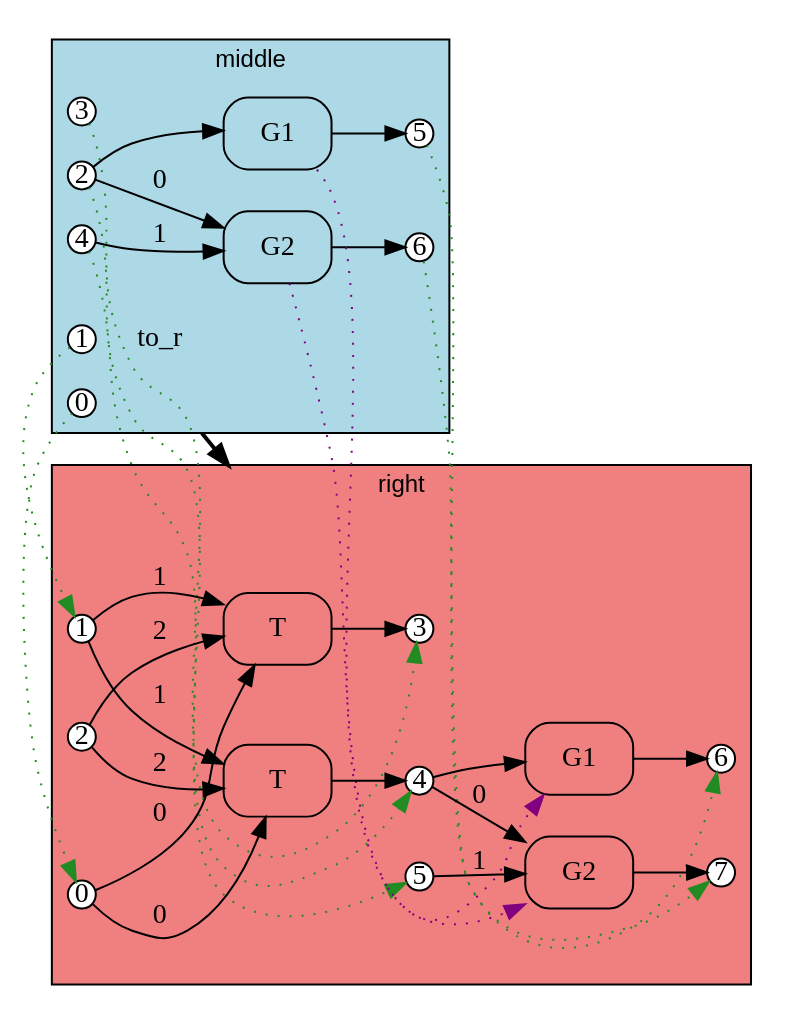
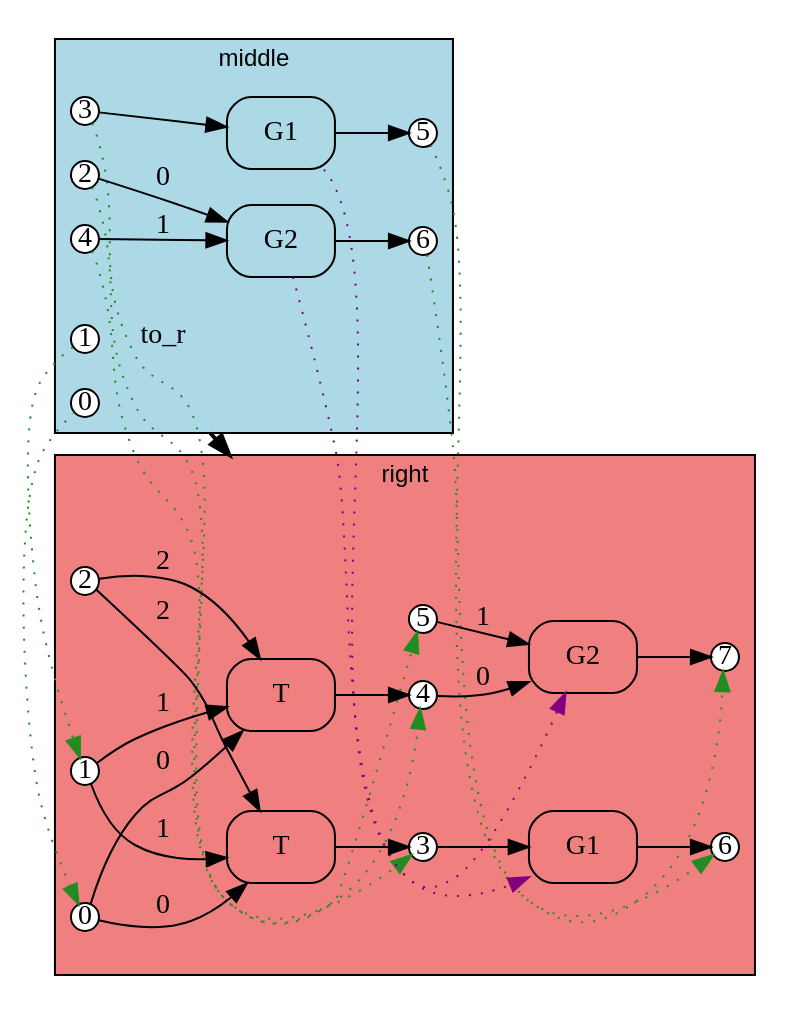
The diagram in crates/bhyp/images/test_copy_subst_commute/path1_substitution_result_span_to_r.dot (ammatsui/bhypvis), drawn with Graphviz before and after one commit. The commit also changed 738 other files, not shown here.

```diff
--- a/crates/bhyp/images/test_copy_subst_commute/path1_substitution_result_span_to_r.dot
+++ b/crates/bhyp/images/test_copy_subst_commute/path1_substitution_result_span_to_r.dot
@@ -1,80 +1,80 @@
 digraph Morphism {
   fontname="Helvetica"
   fontsize=12
   rankdir=LR;
   compound=true;
   newrank=true;
 
   subgraph cluster_domain {
     label="middle";
     style=filled;
     fillcolor="lightblue";
     fontname="Helvetica";
     fontsize=12;
 
     dom_n6 [label="6", shape=circle, style=filled, fillcolor=white, color="black", width=0.2, height=0.2, fixedsize=true];
-    dom_n5 [label="5", shape=circle, style=filled, fillcolor=white, color="black", width=0.2, height=0.2, fixedsize=true];
     dom_n3 [label="3", shape=circle, style=filled, fillcolor=white, color="black", width=0.2, height=0.2, fixedsize=true];
     dom_n1 [label="1", shape=circle, style=filled, fillcolor=white, color="black", width=0.2, height=0.2, fixedsize=true];
     dom_n2 [label="2", shape=circle, style=filled, fillcolor=white, color="black", width=0.2, height=0.2, fixedsize=true];
+    dom_n0 [label="0", shape=circle, style=filled, fillcolor=white, color="black", width=0.2, height=0.2, fixedsize=true];
+    dom_n5 [label="5", shape=circle, style=filled, fillcolor=white, color="black", width=0.2, height=0.2, fixedsize=true];
     dom_n4 [label="4", shape=circle, style=filled, fillcolor=white, color="black", width=0.2, height=0.2, fixedsize=true];
-    dom_n0 [label="0", shape=circle, style=filled, fillcolor=white, color="black", width=0.2, height=0.2, fixedsize=true];
     dom_e0 [label="G2", shape=box, style=rounded, color="black"];
     dom_e1 [label="G1", shape=box, style=rounded, color="black"];
     dom_n2 -> dom_e0 [label="0"];
     dom_n4 -> dom_e0 [label="1"];
     dom_e0 -> dom_n6 [label=""];
-    dom_n2 -> dom_e1 [label=""];
+    dom_n3 -> dom_e1 [label=""];
     dom_e1 -> dom_n5 [label=""];
     dom_anchor [shape=point, width=0, height=0, style=invis];
   }
 
   subgraph cluster_codomain {
     label="right";
     style=filled;
     fillcolor="lightcoral";
     fontname="Helvetica";
     fontsize=12;
 
+    cod_n5 [label="5", shape=circle, style=filled, fillcolor=white, color="black", width=0.2, height=0.2, fixedsize=true];
+    cod_n2 [label="2", shape=circle, style=filled, fillcolor=white, color="black", width=0.2, height=0.2, fixedsize=true];
+    cod_n1 [label="1", shape=circle, style=filled, fillcolor=white, color="black", width=0.2, height=0.2, fixedsize=true];
+    cod_n0 [label="0", shape=circle, style=filled, fillcolor=white, color="black", width=0.2, height=0.2, fixedsize=true];
+    cod_n3 [label="3", shape=circle, style=filled, fillcolor=white, color="black", width=0.2, height=0.2, fixedsize=true];
+    cod_n4 [label="4", shape=circle, style=filled, fillcolor=white, color="black", width=0.2, height=0.2, fixedsize=true];
+    cod_n7 [label="7", shape=circle, style=filled, fillcolor=white, color="black", width=0.2, height=0.2, fixedsize=true];
     cod_n6 [label="6", shape=circle, style=filled, fillcolor=white, color="black", width=0.2, height=0.2, fixedsize=true];
-    cod_n0 [label="0", shape=circle, style=filled, fillcolor=white, color="black", width=0.2, height=0.2, fixedsize=true];
-    cod_n7 [label="7", shape=circle, style=filled, fillcolor=white, color="black", width=0.2, height=0.2, fixedsize=true];
-    cod_n1 [label="1", shape=circle, style=filled, fillcolor=white, color="black", width=0.2, height=0.2, fixedsize=true];
-    cod_n4 [label="4", shape=circle, style=filled, fillcolor=white, color="black", width=0.2, height=0.2, fixedsize=true];
-    cod_n2 [label="2", shape=circle, style=filled, fillcolor=white, color="black", width=0.2, height=0.2, fixedsize=true];
-    cod_n3 [label="3", shape=circle, style=filled, fillcolor=white, color="black", width=0.2, height=0.2, fixedsize=true];
-    cod_n5 [label="5", shape=circle, style=filled, fillcolor=white, color="black", width=0.2, height=0.2, fixedsize=true];
+    cod_e0 [label="T", shape=box, style=rounded, color="black"];
     cod_e2 [label="G2", shape=box, style=rounded, color="black"];
     cod_e3 [label="G1", shape=box, style=rounded, color="black"];
-    cod_e0 [label="T", shape=box, style=rounded, color="black"];
     cod_e1 [label="T", shape=box, style=rounded, color="black"];
-    cod_n4 -> cod_e2 [label="0"];
-    cod_n5 -> cod_e2 [label="1"];
-    cod_e2 -> cod_n7 [label=""];
-    cod_n4 -> cod_e3 [label=""];
-    cod_e3 -> cod_n6 [label=""];
     cod_n0 -> cod_e0 [label="0"];
     cod_n1 -> cod_e0 [label="1"];
     cod_n2 -> cod_e0 [label="2"];
     cod_e0 -> cod_n3 [label=""];
+    cod_n4 -> cod_e2 [label="0"];
+    cod_n5 -> cod_e2 [label="1"];
+    cod_e2 -> cod_n7 [label=""];
+    cod_n3 -> cod_e3 [label=""];
+    cod_e3 -> cod_n6 [label=""];
     cod_n0 -> cod_e1 [label="0"];
     cod_n1 -> cod_e1 [label="1"];
     cod_n2 -> cod_e1 [label="2"];
     cod_e1 -> cod_n4 [label=""];
     cod_anchor [shape=point, width=0, height=0, style=invis];
   }
 
   // Morphism mappings
+  dom_n5 -> cod_n6 [style=dotted, color=forestgreen, constraint=false];
+  dom_n3 -> cod_n3 [style=dotted, color=forestgreen, constraint=false];
   dom_n6 -> cod_n7 [style=dotted, color=forestgreen, constraint=false];
   dom_n0 -> cod_n0 [style=dotted, color=forestgreen, constraint=false];
-  dom_n3 -> cod_n3 [style=dotted, color=forestgreen, constraint=false];
+  dom_n4 -> cod_n5 [style=dotted, color=forestgreen, constraint=false];
   dom_n1 -> cod_n1 [style=dotted, color=forestgreen, constraint=false];
-  dom_n5 -> cod_n6 [style=dotted, color=forestgreen, constraint=false];
-  dom_n4 -> cod_n5 [style=dotted, color=forestgreen, constraint=false];
   dom_n2 -> cod_n4 [style=dotted, color=forestgreen, constraint=false];
+  dom_e1 -> cod_e3 [style=dotted, color=purple, constraint=false];
   dom_e0 -> cod_e2 [style=dotted, color=purple, constraint=false];
-  dom_e1 -> cod_e3 [style=dotted, color=purple, constraint=false];
 
   // Cluster-level morphism arrow
   dom_anchor -> cod_anchor [lhead=cluster_codomain, ltail=cluster_domain, style=bold, color=black, label="to_r", penwidth=2];
 }
```
